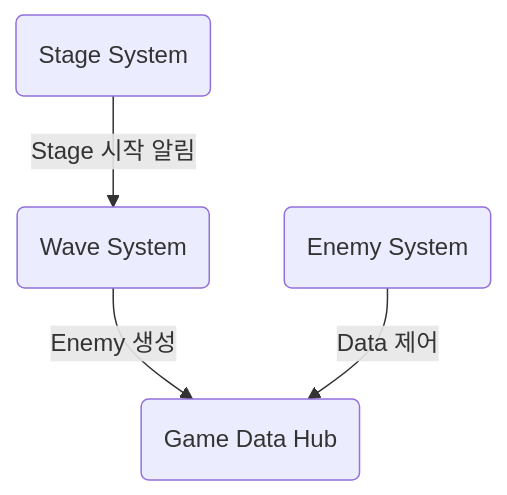
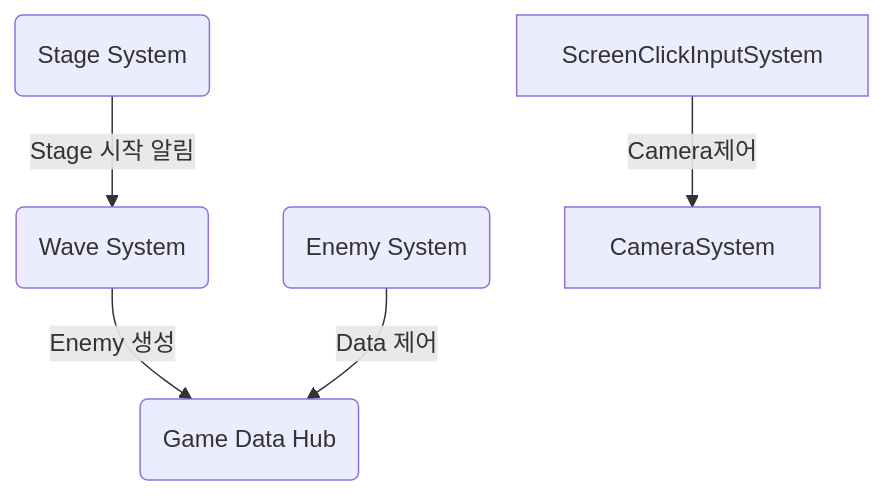
The diagram in _Doc/GamePlayDoc.md (HyunWoo-Jo/ProjectHS), drawn with Mermaid before and after one commit. The commit also changed other lines of this file, not shown here.

````diff
--- a/_Doc/GamePlayDoc.md
+++ b/_Doc/GamePlayDoc.md
@@ -19,10 +19,12 @@
 ```mermaid
 flowchart TD
     S(Stage System)
     W(Wave System)
     H(Game Data Hub)
     E(Enemy System)
     S --Stage 시작 알림--> W 
     W --Enemy 생성--> H
     E --Data 제어--> H
+
+    ScreenClickInputSystem --Camera제어--> CameraSystem
 ```
````
